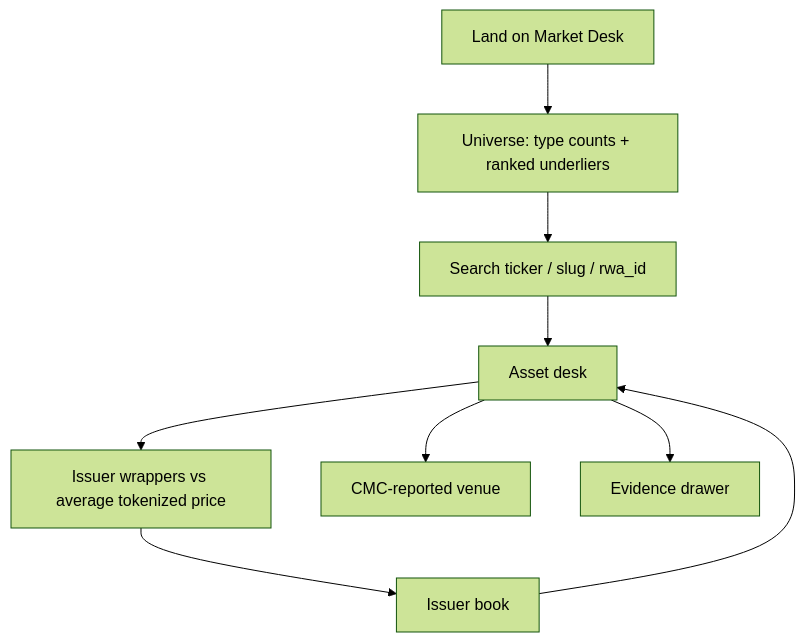
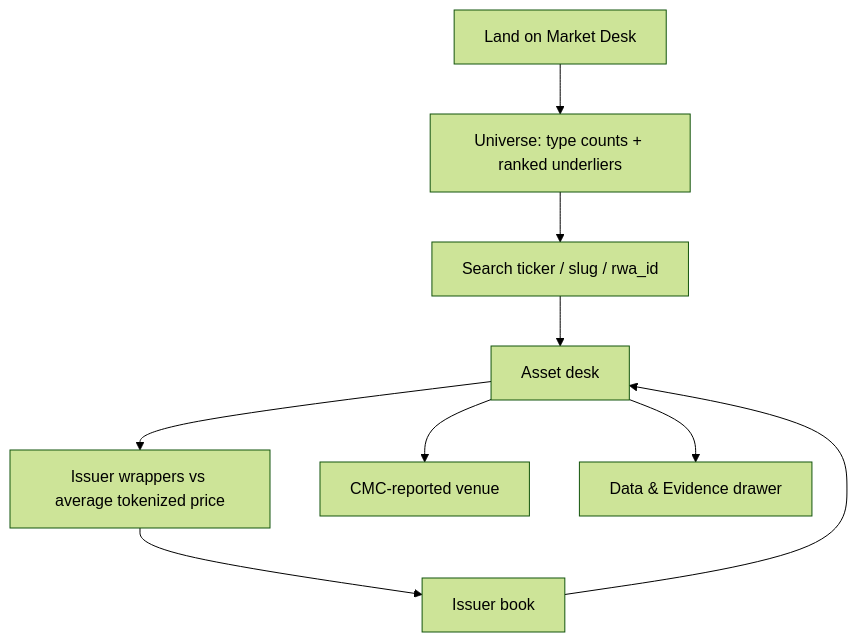
The second of 2 diagrams in README.md (PinnacleCryptNG/cmc-pulse), drawn with Mermaid (forest theme) before and after one commit. The commit also changed other lines of this file and 14 other files, not shown here.

````diff
--- a/README.md
+++ b/README.md
@@ -94,11 +94,11 @@
 ```mermaid
 flowchart TD
   A[Land on Market Desk] --> B[Universe: type counts + ranked underliers]
   B --> C[Search ticker / slug / rwa_id]
   C --> D[Asset desk]
   D --> E[Issuer wrappers vs average tokenized price]
   D --> F[CMC-reported venue]
   E --> G[Issuer book]
   G --> D
-  D --> H[Evidence drawer]
+  D --> H[Data & Evidence drawer]
 ```
````
